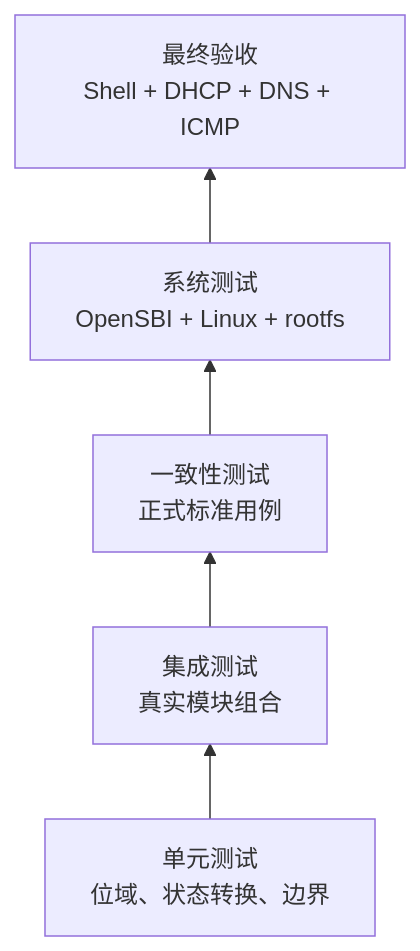
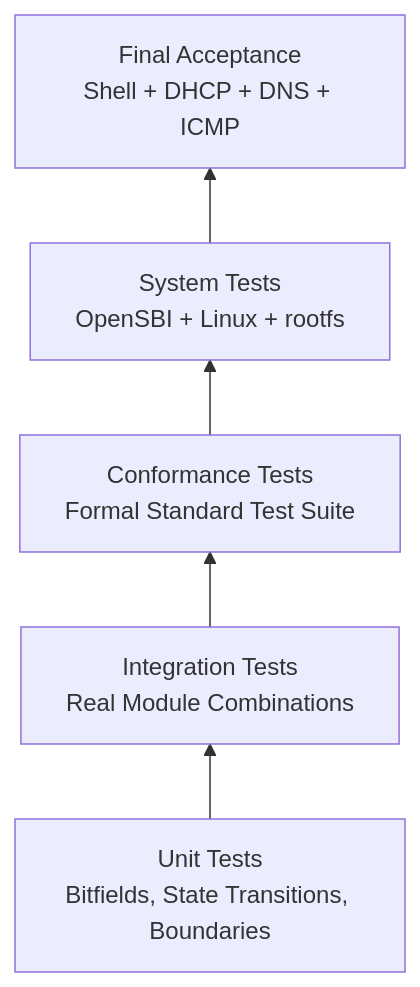
Before and after one commit to billzi2016/homemade-risc-v-64-vector-linux-emulator: the diagram in specs/16-testing-verification.md, drawn with Mermaid. The commit also changed other lines of this file and 44 other files, not shown here.

````diff
--- a/specs/16-testing-verification.md
+++ b/specs/16-testing-verification.md
@@ -13,7 +13,7 @@
 ```mermaid
 flowchart BT
-    Unit[单元测试<br/>位域、状态转换、边界] --> Integration[集成测试<br/>真实模块组合]
-    Integration --> Conformance[一致性测试<br/>正式标准用例]
-    Conformance --> System[系统测试<br/>OpenSBI + Linux + rootfs]
-    System --> Acceptance[最终验收<br/>Shell + DHCP + DNS + ICMP]
+    Unit[Unit Tests<br/>Bitfields, State Transitions, Boundaries] --> Integration[Integration Tests<br/>Real Module Combinations]
+    Integration --> Conformance[Conformance Tests<br/>Formal Standard Test Suite]
+    Conformance --> System[System Tests<br/>OpenSBI + Linux + rootfs]
+    System --> Acceptance[Final Acceptance<br/>Shell + DHCP + DNS + ICMP]
 ```
````
